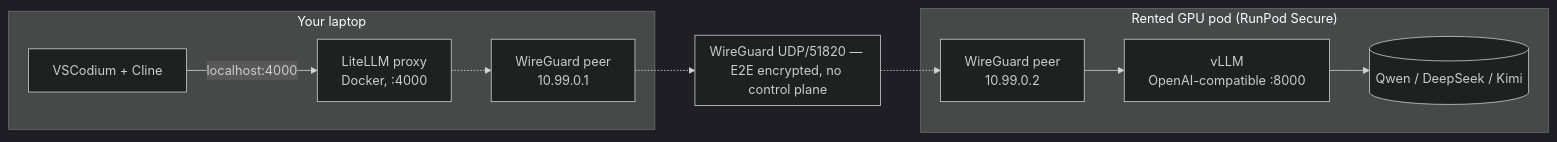
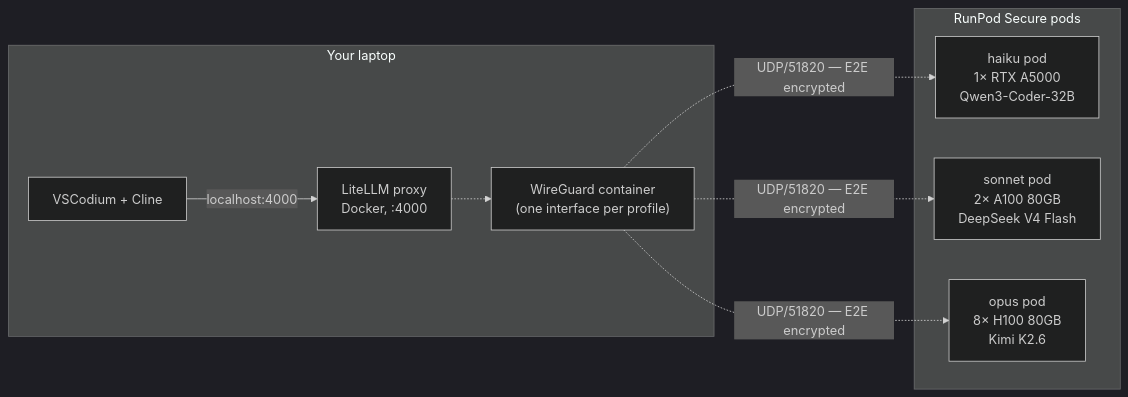
Before and after one commit to dealright/zdr-coder: the diagram in README.md, drawn with Mermaid (dark theme). The commit also changed other lines of this file and 9 other files, not shown here.

````diff
--- a/README.md
+++ b/README.md
@@ -19,19 +21,18 @@
 ```mermaid
 flowchart LR
     subgraph laptop["Your laptop"]
         Cline["VSCodium + Cline"]
         LiteLLM["LiteLLM proxy<br/>Docker, :4000"]
-        WG1["WireGuard peer<br/>10.99.0.1"]
+        WG["WireGuard container<br/>(one interface per profile)"]
         Cline -->|"localhost:4000"| LiteLLM
-        LiteLLM -.-> WG1
+        LiteLLM -.-> WG
     end
-    subgraph wgmesh["WireGuard UDP/51820 — E2E encrypted, no control plane"]
+    WG -.->|"UDP/51820 — E2E encrypted"| GPUH
+    WG -.->|"UDP/51820 — E2E encrypted"| GPUS
+    WG -.->|"UDP/51820 — E2E encrypted"| GPUO
+    subgraph rp["RunPod Secure pods"]
+        GPUH["haiku pod<br/>1× RTX A5000<br/>Qwen3-Coder-32B"]
+        GPUS["sonnet pod<br/>2× A100 80GB<br/>DeepSeek V4 Flash"]
+        GPUO["opus pod<br/>8× H100 80GB<br/>Kimi K2.6"]
     end
-    subgraph gpu["Rented GPU pod (RunPod Secure)"]
-        WG2["WireGuard peer<br/>10.99.0.2"]
-        vLLM["vLLM<br/>OpenAI-compatible :8000"]
-        Model[("Qwen / DeepSeek / Kimi")]
-        WG2 --> vLLM --> Model
-    end
-    WG1 -.-> wgmesh -.-> WG2
 ```
````
